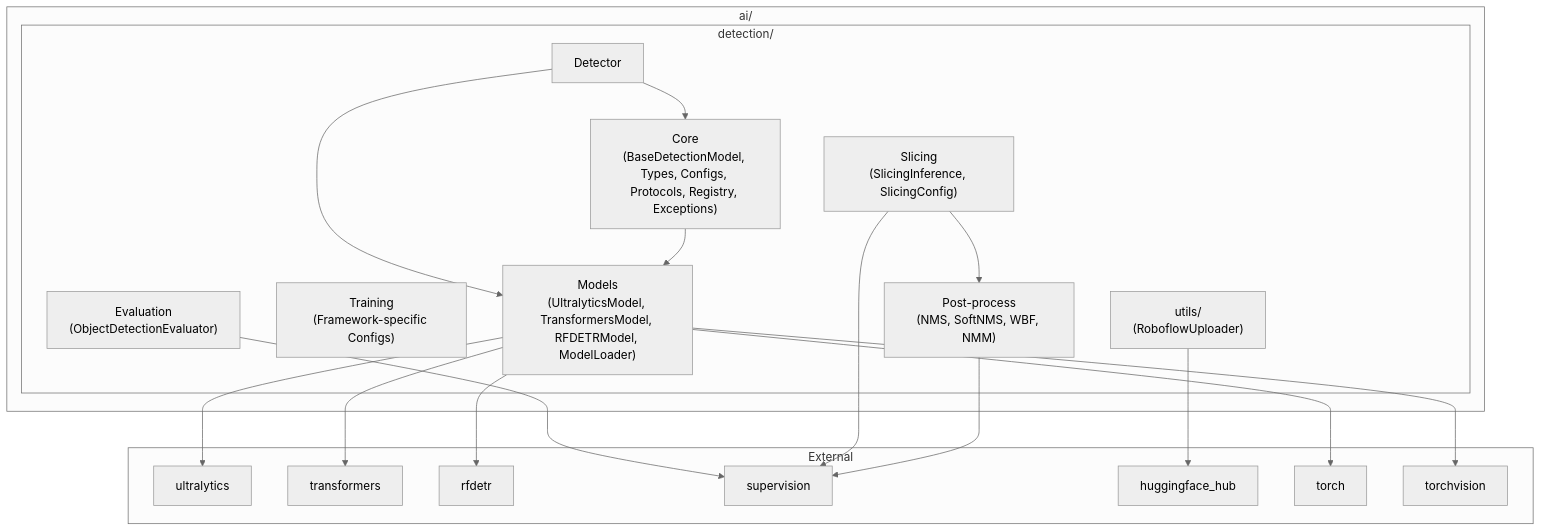
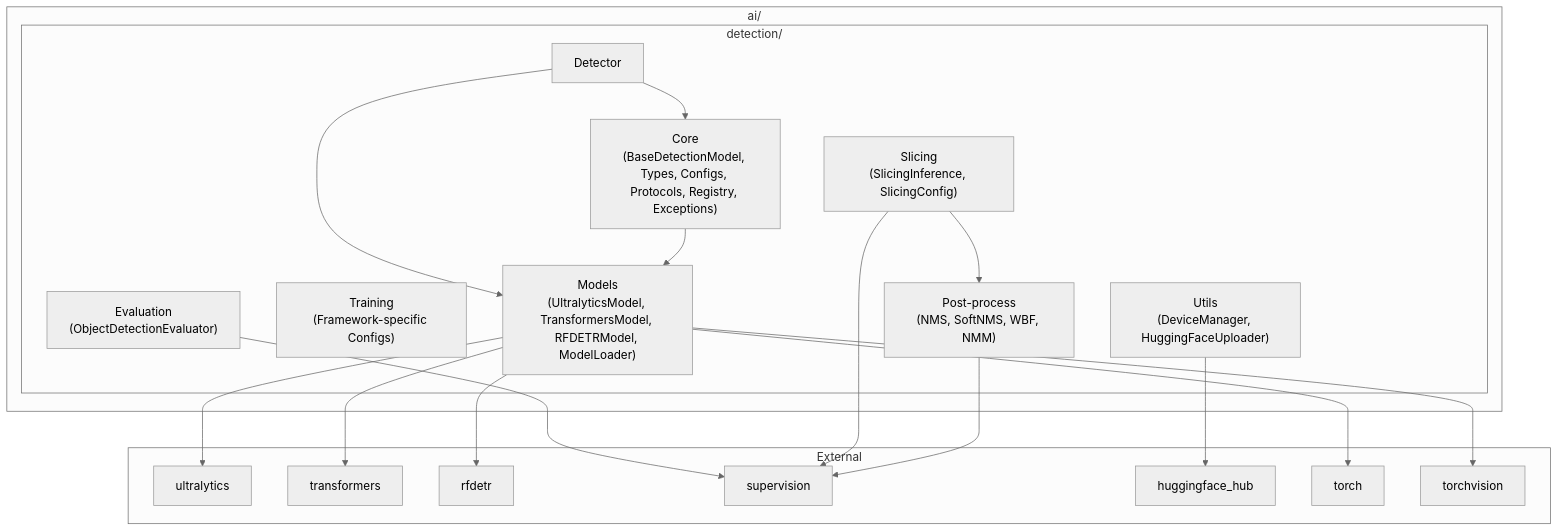
One commit to Black-Bee-Drones/nectar-sdk changed the diagram in nectar/nectar/ai/README.md. Above: the diagram before and after it, drawn with Mermaid (neutral theme). The commit also changed other lines of this file and 12 other files, not shown here.

Commit message:
refactor: remove DatasetConverter and DatasetMerger utilities, update imports, and  dataset handling in Transformers and Ultralytics models

````diff
--- a/nectar/nectar/ai/README.md
+++ b/nectar/nectar/ai/README.md
@@ -15,40 +14,39 @@
 ```mermaid
 flowchart TB
     subgraph AI["ai/"]
         subgraph Detection["detection/"]
             Detector["Detector"]
             Core["Core<br/>(BaseDetectionModel, Types, Configs, Protocols, Registry, Exceptions)"]
             Models["Models<br/>(UltralyticsModel, TransformersModel, RFDETRModel, ModelLoader)"]
             Training["Training<br/>(Framework-specific Configs)"]
             Evaluation["Evaluation<br/>(ObjectDetectionEvaluator)"]
             Slicing["Slicing<br/>(SlicingInference, SlicingConfig)"]
             PostProcess["Post-process<br/>(NMS, SoftNMS, WBF, NMM)"]
-            Utils["Utils<br/>(DeviceManager, HuggingFaceUploader, DatasetConverter, DatasetMerger)"]
+            Utils["Utils<br/>(DeviceManager, HuggingFaceUploader)"]
         end
-        Utils["utils/<br/>(RoboflowUploader)"]
     end
 
     subgraph External["External"]
         ultralytics
         transformers
         rfdetr
         supervision
         huggingface_hub
         torch
         torchvision
     end
 
     Detector --> Core
     Detector --> Models
     Core --> Models
     Models --> ultralytics
     Models --> transformers
     Models --> rfdetr
     Models --> torch
     Models --> torchvision
     Evaluation --> supervision
     Slicing --> PostProcess
     Slicing --> supervision
     PostProcess --> supervision
     Utils --> huggingface_hub
 ```
````
